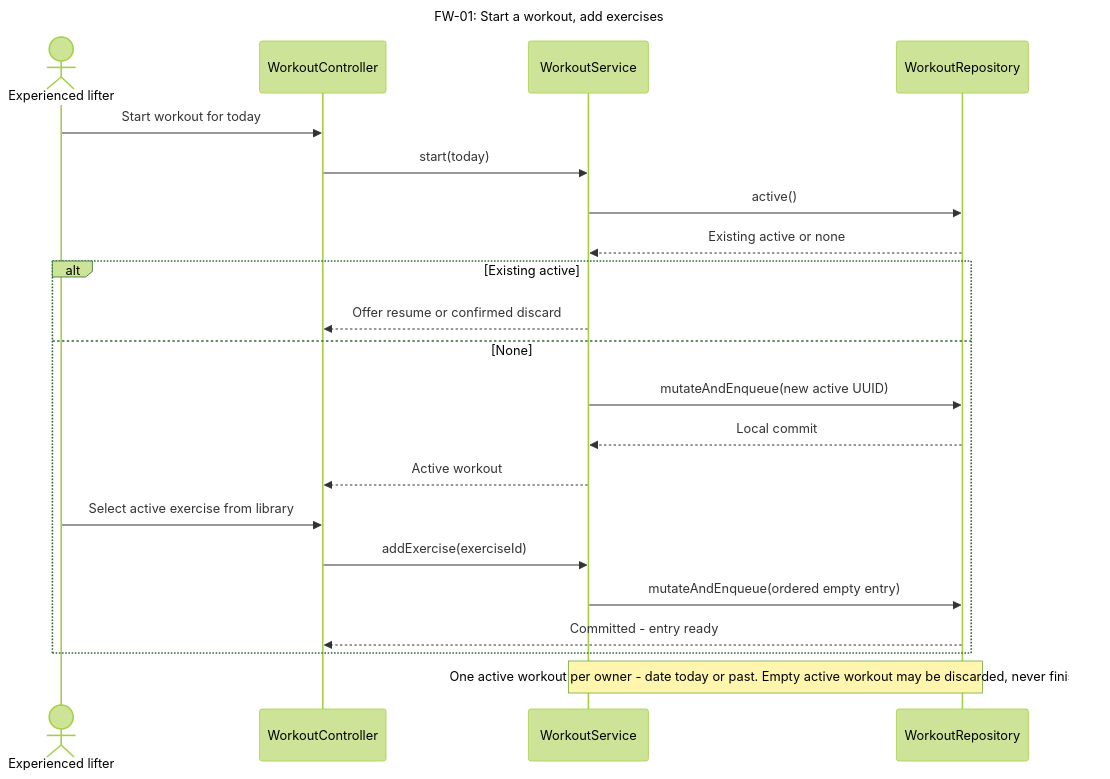
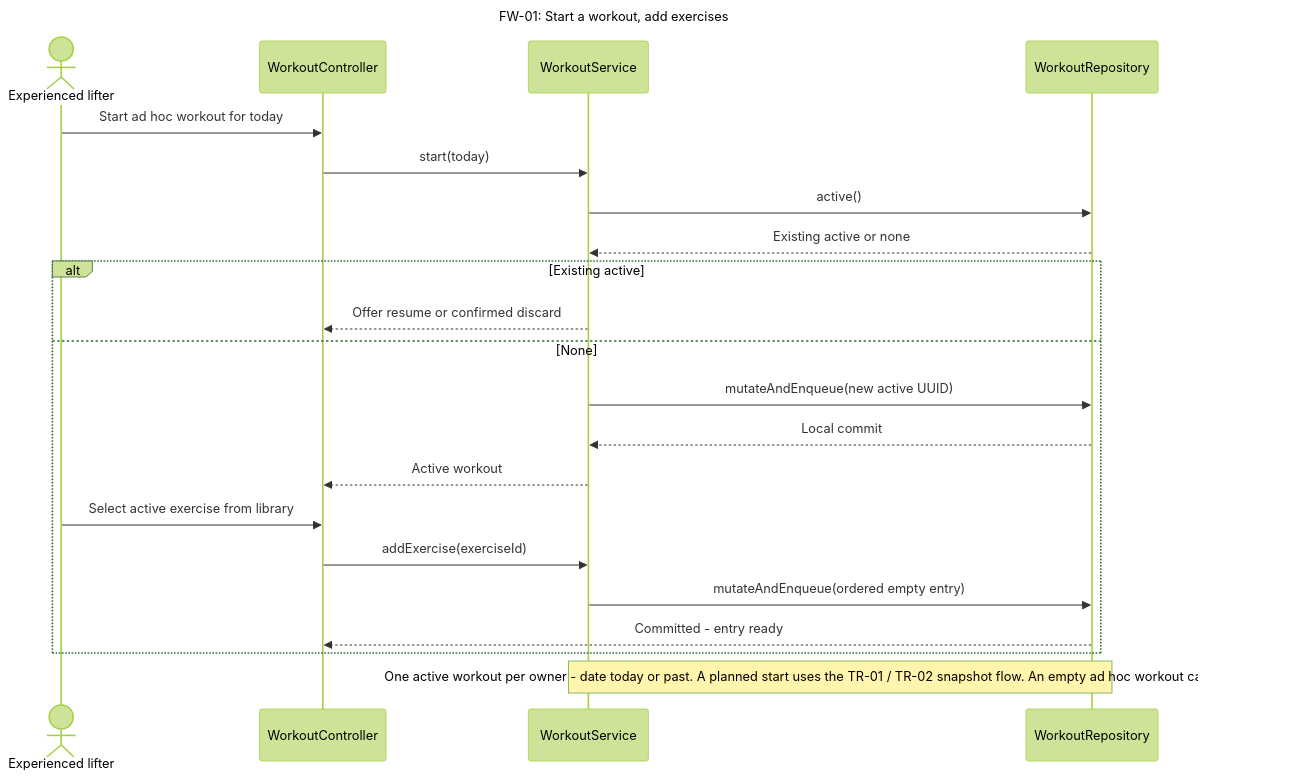
Before and after one commit to SebasLopez2005/SWEProject1: diagram 13 of 50 in docs/part2/design/README.md, drawn with Mermaid (forest theme). The commit also changed other lines of this file and 47 other files, not shown here.

First line of the commit message:
Commit the planned-training design baseline used as One Shot 1 input

````diff
--- a/docs/part2/design/README.md
+++ b/docs/part2/design/README.md
@@ -958,24 +1274,24 @@
 ```mermaid
 sequenceDiagram
     title FW-01: Start a workout, add exercises
     actor U as Experienced lifter
     participant C as WorkoutController
     participant S as WorkoutService
     participant R as WorkoutRepository
-    U->>C: Start workout for today
+    U->>C: Start ad hoc workout for today
     C->>S: start(today)
     S->>R: active()
     R-->>S: Existing active or none
     alt Existing active
      S-->>C: Offer resume or confirmed discard
     else None
      S->>R: mutateAndEnqueue(new active UUID)
      R-->>S: Local commit
      S-->>C: Active workout
      U->>C: Select active exercise from library
      C->>S: addExercise(exerciseId)
      S->>R: mutateAndEnqueue(ordered empty entry)
      R-->>C: Committed -  entry ready
     end
-    Note over S,R: One active workout per owner -  date today or past. Empty active workout may be discarded, never finished.
+    Note over S,R: One active workout per owner -  date today or past. A planned start uses the TR-01 / TR-02 snapshot flow. An empty ad hoc workout can be discarded.
 ```
````
